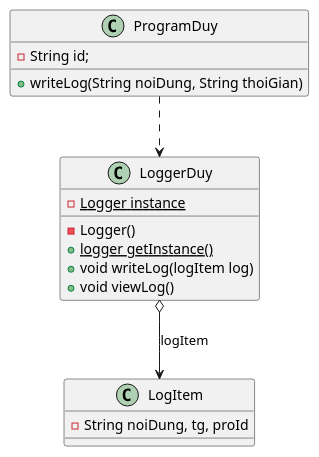
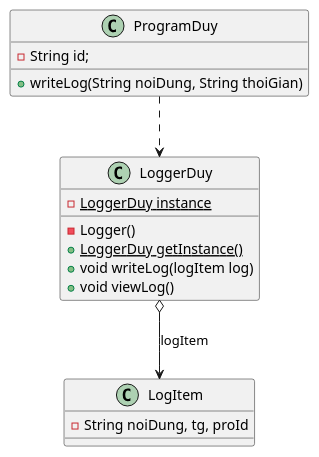
One commit to duy-debug/design-patterns changed the diagram in 65130650_TranMaiNgocDuy/src/onthigk/singleton/logger/logger_diagram.puml. Above: the diagram before and after it, drawn with PlantUML. The commit also changed 54 other files, not shown here.

```diff
--- a/65130650_TranMaiNgocDuy/src/onthigk/singleton/logger/logger_diagram.puml
+++ b/65130650_TranMaiNgocDuy/src/onthigk/singleton/logger/logger_diagram.puml
@@ -1,19 +1,19 @@
 @startuml
 'https://plantuml.com/class-diagram
 class LoggerDuy{
-- {static} Logger instance
+- {static} LoggerDuy instance
 - Logger()
-+ {static} logger getInstance()
++ {static} LoggerDuy getInstance()
 + void writeLog(logItem log)
 + void viewLog()
 }
 class ProgramDuy{
 - String id;
 + writeLog(String noiDung, String thoiGian)
 }
 class LogItem{
 - String noiDung, tg, proId
 }
 LoggerDuy o--> LogItem: logItem
 ProgramDuy ..> LoggerDuy
 @enduml
```
